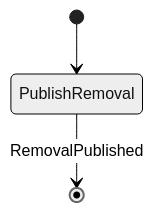
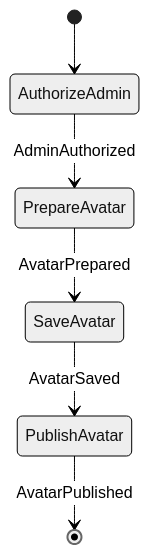
Diagram 12 of 19 in docs/architecture/workflows/groupstate.md (cbgm/Sparrow), drawn with Mermaid (neutral theme) before and after one commit. The commit also changed other lines of this file and 193 other files, not shown here.

````diff
--- a/docs/architecture/workflows/groupstate.md
+++ b/docs/architecture/workflows/groupstate.md
@@ -224,5 +315,8 @@
 ```mermaid
 stateDiagram-v2
-    [*] --> PublishRemoval
-    PublishRemoval --> [*] : RemovalPublished
+    [*] --> AuthorizeAdmin
+    AuthorizeAdmin --> PrepareAvatar : AdminAuthorized
+    PrepareAvatar --> SaveAvatar : AvatarPrepared
+    SaveAvatar --> PublishAvatar : AvatarSaved
+    PublishAvatar --> [*] : AvatarPublished
 ```
````
